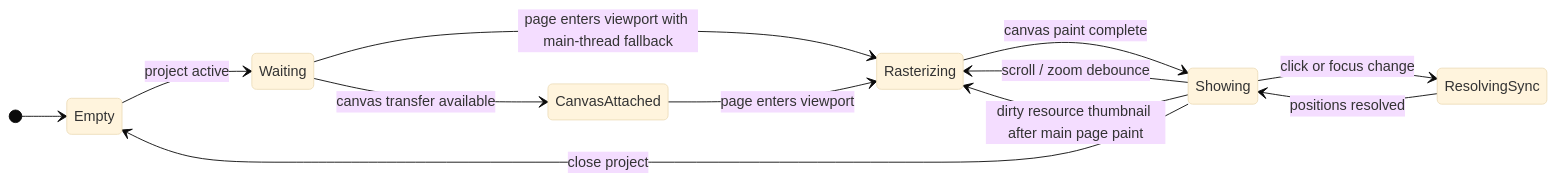
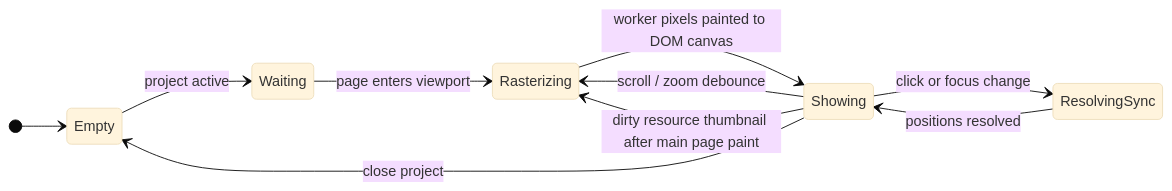
The fourth of 5 diagrams in context/state-diagrams.md (andmoreduro/ergo), drawn with Mermaid (base theme) before and after one commit. The commit also changed other lines of this file and 13 other files, not shown here.

Commit message:
Revert worker-owned preview canvas rendering

````diff
--- a/context/state-diagrams.md
+++ b/context/state-diagrams.md
@@ -73,16 +73,14 @@
 ```mermaid
 stateDiagram-v2
     direction LR
 
     [*] --> Empty
     Empty --> Waiting : project active
-    Waiting --> CanvasAttached : canvas transfer available
-    Waiting --> Rasterizing : page enters viewport with main-thread fallback
-    CanvasAttached --> Rasterizing : page enters viewport
-    Rasterizing --> Showing : canvas paint complete
+    Waiting --> Rasterizing : page enters viewport
+    Rasterizing --> Showing : worker pixels painted to DOM canvas
     Showing --> Rasterizing : scroll / zoom debounce
     Showing --> Rasterizing : dirty resource thumbnail after main page paint
     Showing --> ResolvingSync : click or focus change
     ResolvingSync --> Showing : positions resolved
     Showing --> Empty : close project
 ```
````
